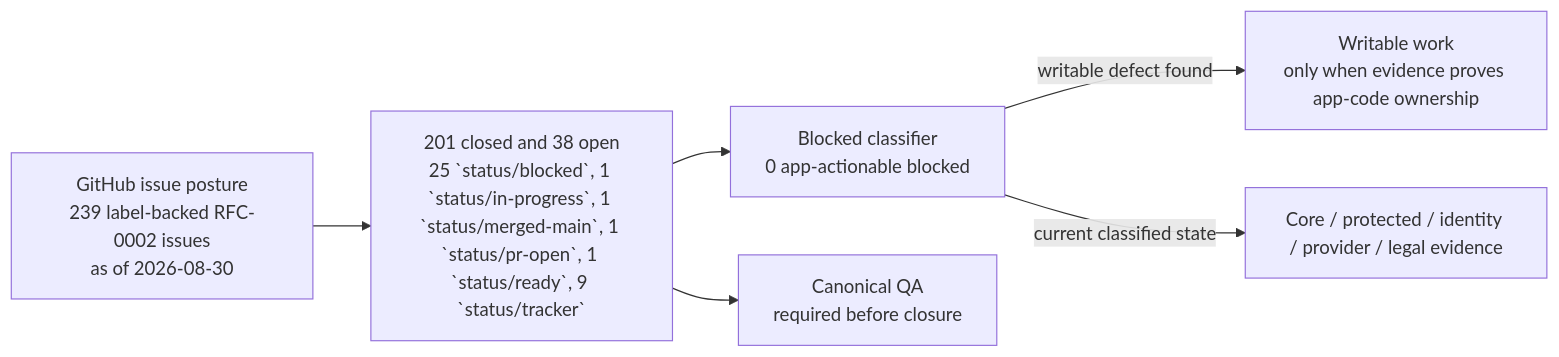
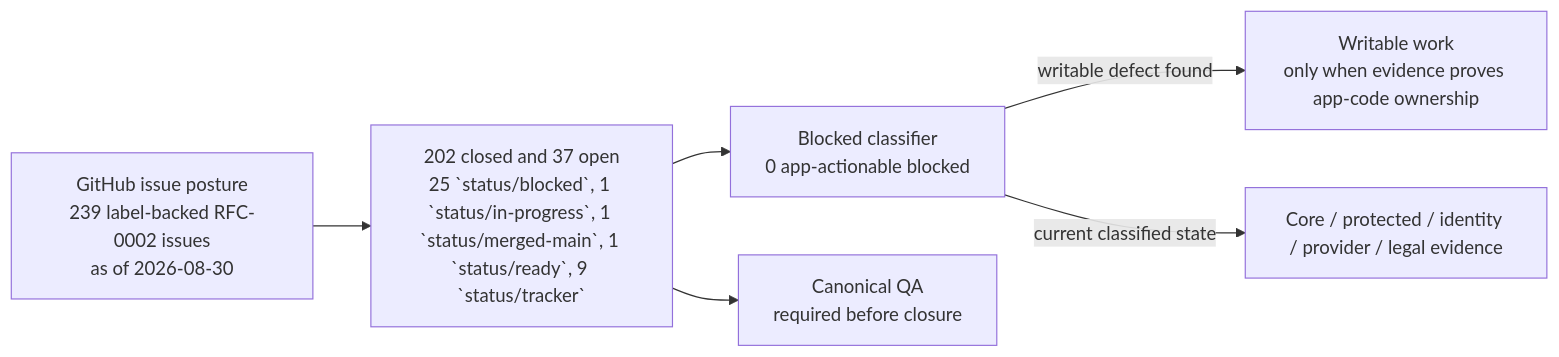
Before and after one commit to sgajbi/lotus-idea: the first of 2 diagrams in wiki/RFC-0002-Execution-Status.md, drawn with Mermaid. The commit also changed other lines of this file and 11 other files, not shown here.

````diff
--- a/wiki/RFC-0002-Execution-Status.md
+++ b/wiki/RFC-0002-Execution-Status.md
@@ -48,15 +48,15 @@
 ```mermaid
 flowchart LR
     Issues["GitHub issue posture<br/>239 label-backed RFC-0002 issues<br/>as of 2026-08-30"]
-    Open["201 closed and 38 open<br/>25 `status/blocked`, 1 `status/in-progress`, 1 `status/merged-main`, 1 `status/pr-open`, 1 `status/ready`, 9 `status/tracker`"]
+    Open["202 closed and 37 open<br/>25 `status/blocked`, 1 `status/in-progress`, 1 `status/merged-main`, 1 `status/ready`, 9 `status/tracker`"]
     Blocked["Blocked classifier<br/>0 app-actionable blocked"]
     Work["Writable work<br/>only when evidence proves app-code ownership"]
     External["Core / protected / identity / provider / legal evidence"]
     QA["Canonical QA<br/>required before closure"]
 
     Issues --> Open
     Open --> Blocked
     Blocked -->|"writable defect found"| Work
     Blocked -->|"current classified state"| External
     Open --> QA
 ```
````
